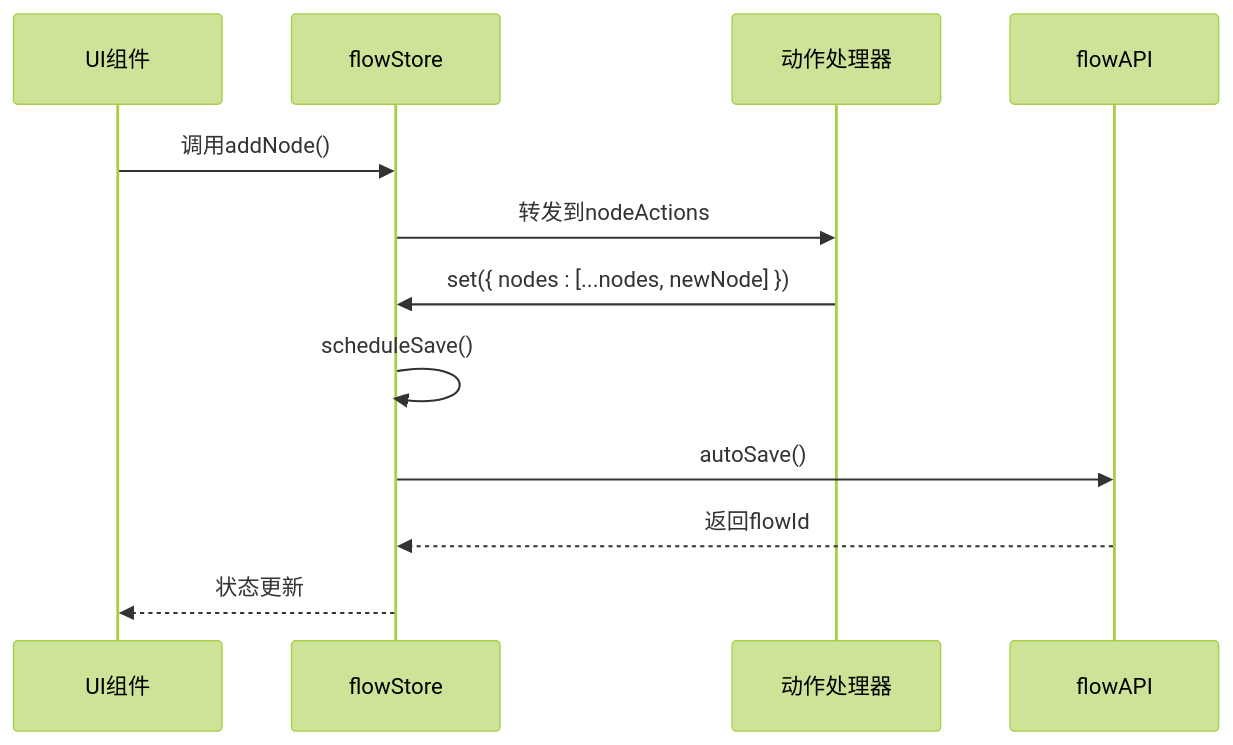
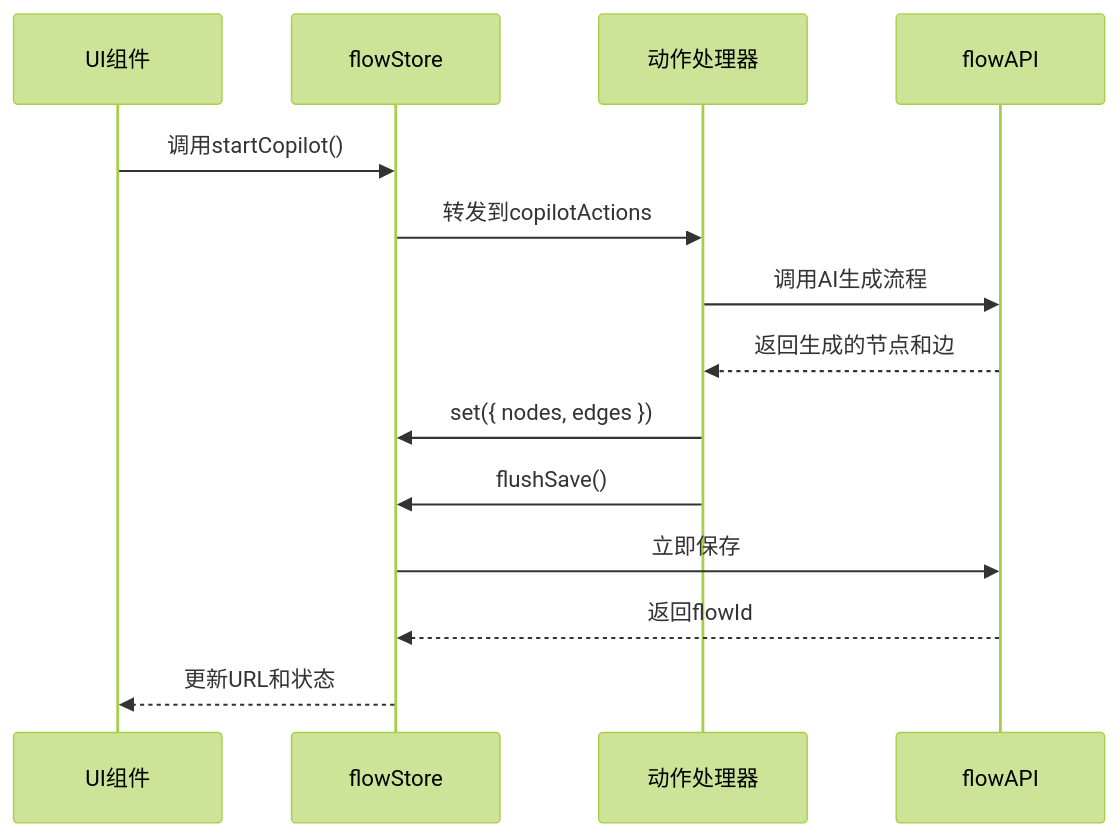
The fourth of 9 diagrams in .qoder/repowiki/zh/content/状态管理机制/状态管理机制.md (JasperLin2333/Flash-Flow), drawn with Mermaid (forest theme) before and after one commit. The commit also changed other lines of this file and 121 other files, not shown here.

````diff
--- a/.qoder/repowiki/zh/content/状态管理机制/状态管理机制.md
+++ b/.qoder/repowiki/zh/content/状态管理机制/状态管理机制.md
@@ -174,14 +219,16 @@
 ```mermaid
 sequenceDiagram
 participant UI as UI组件
 participant Store as flowStore
 participant Actions as 动作处理器
 participant API as flowAPI
-UI->>Store : 调用addNode()
-Store->>Actions : 转发到nodeActions
-Actions->>Store : set({ nodes : [...nodes, newNode] })
-Store->>Store : scheduleSave()
-Store->>API : autoSave()
+UI->>Store : 调用startCopilot()
+Store->>Actions : 转发到copilotActions
+Actions->>API : 调用AI生成流程
+API-->>Actions : 返回生成的节点和边
+Actions->>Store : set({ nodes, edges })
+Actions->>Store : flushSave()
+Store->>API : 立即保存
 API-->>Store : 返回flowId
-Store-->>UI : 状态更新
+Store-->>UI : 更新URL和状态
 ```
````
